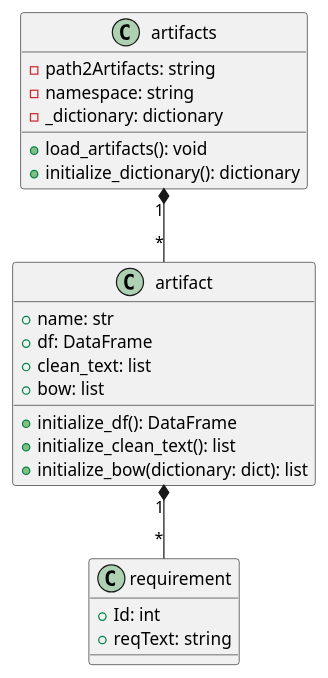
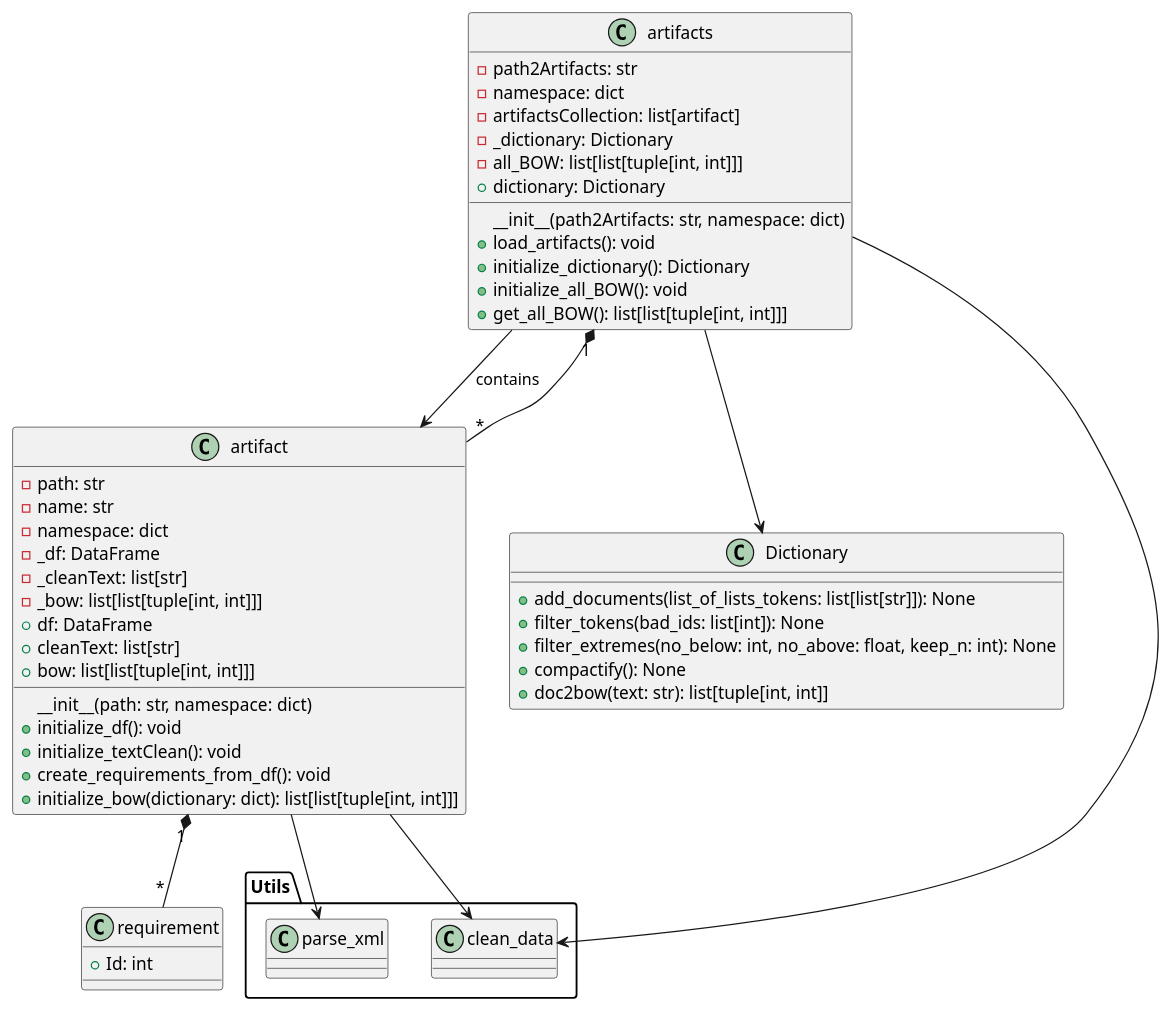
Before and after one commit to lfpneto/NLP2RE_Sandbox: the diagram in src/artifacts/artifacts.puml, drawn with PlantUML. The commit also changed 7 other files, not shown here.

```diff
--- a/src/artifacts/artifacts.puml
+++ b/src/artifacts/artifacts.puml
@@ -1,30 +1,67 @@
 @startuml class
 
-class artifacts {
-    - path2Artifacts: string
-    - namespace: string
-    - _dictionary: dictionary
-
-    + load_artifacts(): void
-    + initialize_dictionary(): dictionary
+package Utils {
+  class parse_xml
+  class clean_data
 }
 
-class artifact {
-    + name: str
-    + df: DataFrame
-    + clean_text: list
-    + bow: list
 
-    + initialize_df(): DataFrame
-    + initialize_clean_text(): list
-    + initialize_bow(dictionary: dict): list
+  class artifacts {
+    - path2Artifacts: str
+    - namespace: dict
+    - artifactsCollection: list[artifact]
+    - _dictionary: Dictionary
+    - all_BOW: list[list[tuple[int, int]]]
+    __init__(path2Artifacts: str, namespace: dict)
+    + load_artifacts(): void
+    + initialize_dictionary(): Dictionary
+    + initialize_all_BOW(): void
+    + get_all_BOW(): list[list[tuple[int, int]]]
+    + dictionary: Dictionary
+  }
+
+  class artifact {
+  - path: str
+  - name: str
+  - namespace: dict
+  - _df: DataFrame
+  - _cleanText: list[str]
+  - _bow: list[list[tuple[int, int]]]
+  __init__(path: str, namespace: dict)
+  + df: DataFrame
+  + cleanText: list[str]
+  + bow: list[list[tuple[int, int]]]
+  + initialize_df(): void
+  + initialize_textClean(): void
+  + create_requirements_from_df(): void
+  + initialize_bow(dictionary: dict): list[list[tuple[int, int]]]
+  }
+  
+  class requirement {
+    + Id: int
+    }
+
+class Dictionary {
+  + add_documents(list_of_lists_tokens: list[list[str]]): None
+  + filter_tokens(bad_ids: list[int]): None
+  + filter_extremes(no_below: int, no_above: float, keep_n: int): None
+  + compactify(): None
+  + doc2bow(text: str): list[tuple[int, int]]
 }
 
-class requirement {
-    + Id: int
-    + reqText: string
-}
+artifacts --> artifact: contains
+artifacts --> Dictionary
 
 artifacts   "1" *-- "*" artifact
 artifact    "1" *-- "*" requirement
+
+artifact --> parse_xml
+artifact --> clean_data
+artifacts --> clean_data
+
+
+
+
+
+
 @enduml
```
